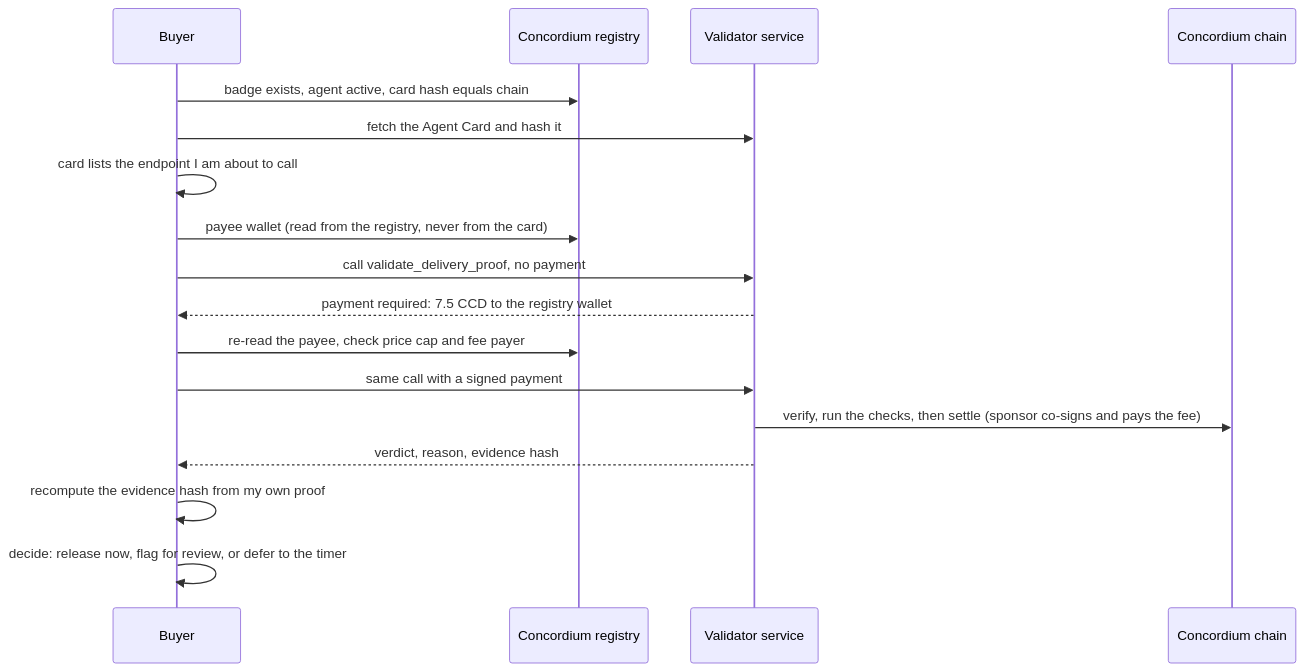
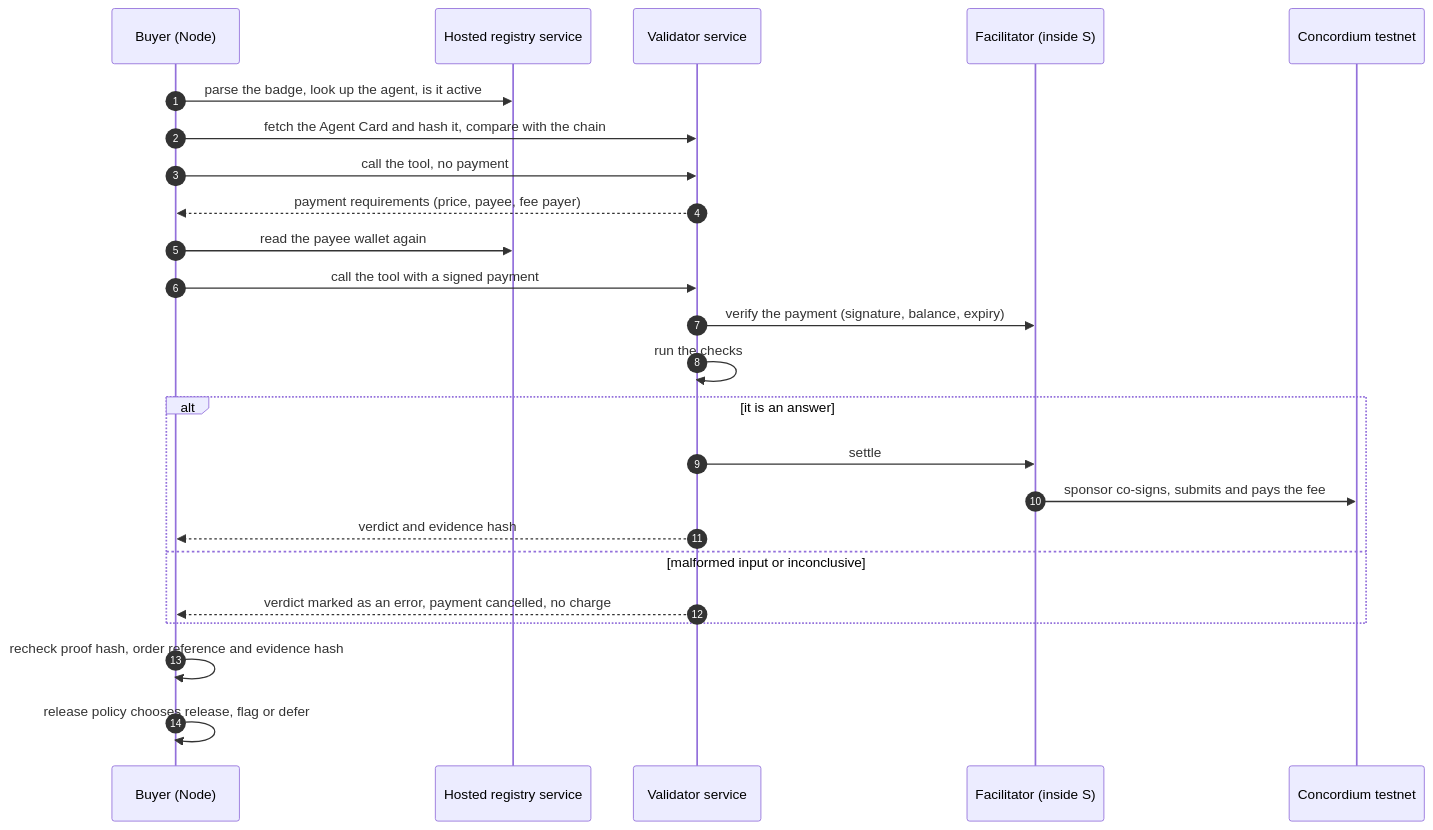
The second of 3 diagrams in concordium/docs/architecture.md (0xAceBit/JaraWork), drawn with Mermaid before and after one commit. The commit also changed other lines of this file and 8 other files, not shown here.

Commit message:
Concordium: claim-audited README, 3-minute demo script, architecture diagrams, path to production, chain-checked evidence and a docs test that fails on any claim the code does not back

````diff
--- a/concordium/docs/architecture.md
+++ b/concordium/docs/architecture.md
@@ -37,20 +57,27 @@
 ```mermaid
 sequenceDiagram
-  participant B as Buyer
-  participant R as Concordium registry
-  participant V as Validator service
-  participant C as Concordium chain
+  autonumber
+  participant B as Buyer (Node)
+  participant H as Hosted registry service
+  participant S as Validator service
+  participant F as Facilitator (inside S)
+  participant C as Concordium testnet
 
-  B->>R: badge exists, agent active, card hash equals chain
-  B->>V: fetch the Agent Card and hash it
-  B->>B: card lists the endpoint I am about to call
-  B->>R: payee wallet (read from the registry, never from the card)
-  B->>V: call validate_delivery_proof, no payment
-  V-->>B: payment required: 7.5 CCD to the registry wallet
-  B->>R: re-read the payee, check price cap and fee payer
-  B->>V: same call with a signed payment
-  V->>C: verify, run the checks, then settle (sponsor co-signs and pays the fee)
-  V-->>B: verdict, reason, evidence hash
-  B->>B: recompute the evidence hash from my own proof
-  B->>B: decide: release now, flag for review, or defer to the timer
+  B->>H: parse the badge, look up the agent, is it active
+  B->>S: fetch the Agent Card and hash it, compare with the chain
+  B->>S: call the tool, no payment
+  S-->>B: payment requirements (price, payee, fee payer)
+  B->>H: read the payee wallet again
+  B->>S: call the tool with a signed payment
+  S->>F: verify the payment (signature, balance, expiry)
+  S->>S: run the checks
+  alt it is an answer
+    S->>F: settle
+    F->>C: sponsor co-signs, submits and pays the fee
+    S-->>B: verdict and evidence hash
+  else malformed input or inconclusive
+    S-->>B: verdict marked as an error, payment cancelled, no charge
+  end
+  B->>B: recheck proof hash, order reference and evidence hash
+  B->>B: release policy chooses release, flag or defer
 ```
````
